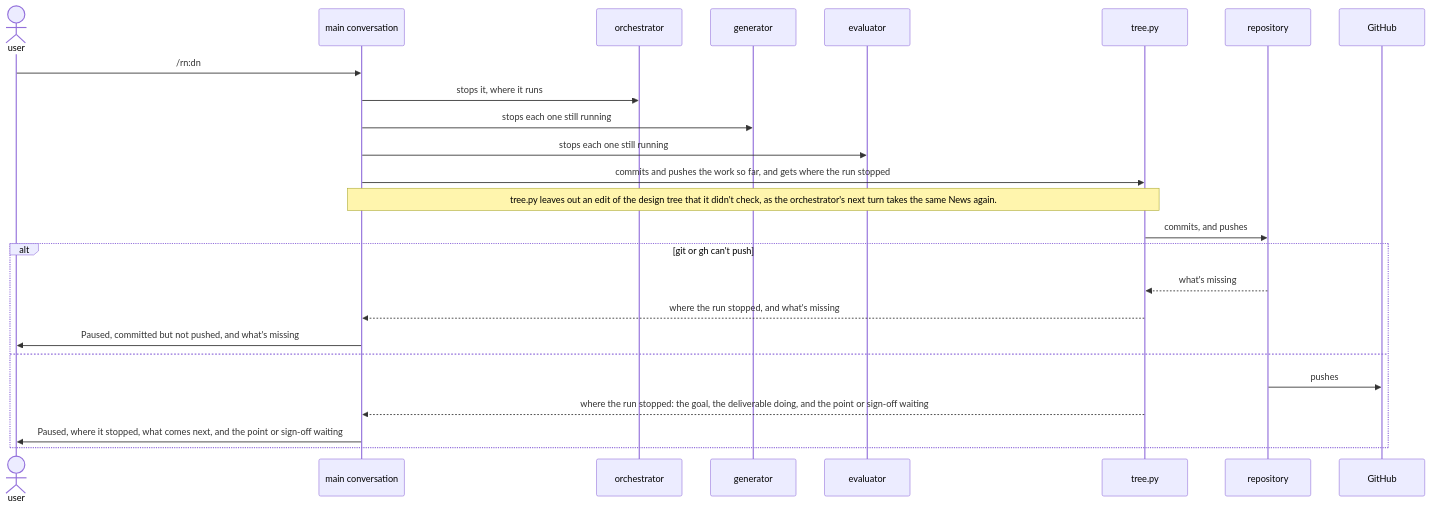
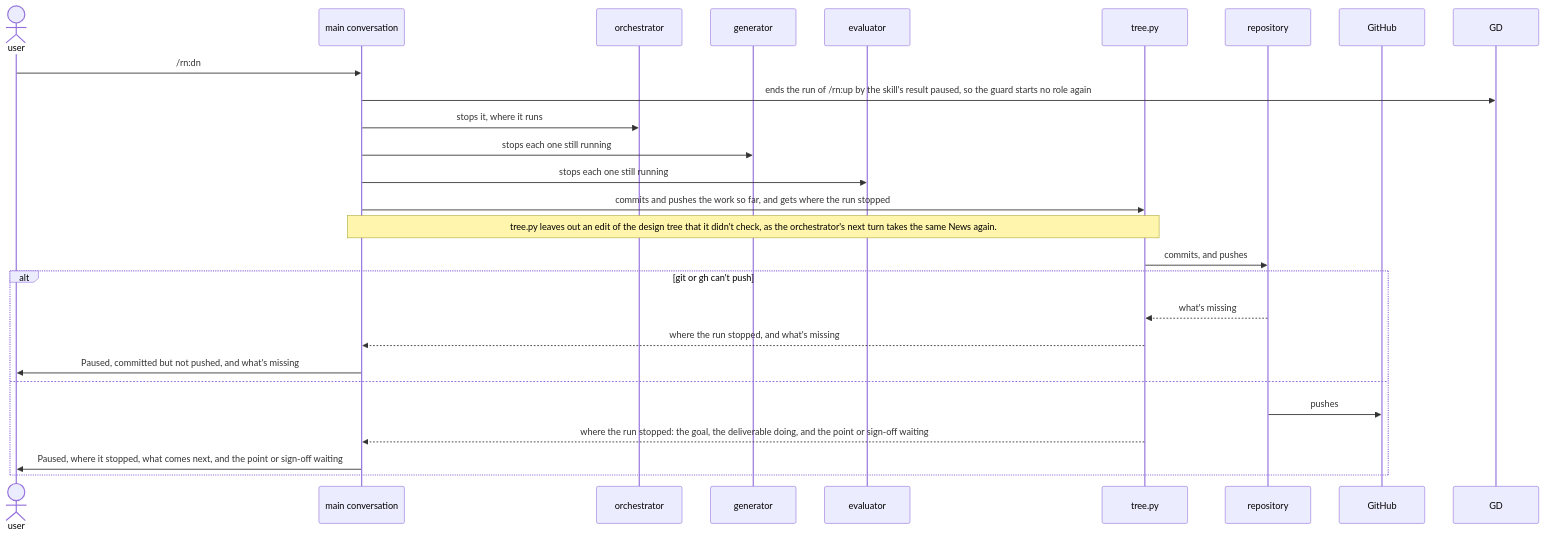
One commit to lovaizu/ccpm changed the fourth of 6 diagrams in dev/rn/architecture.md. Above: the diagram before and after it, drawn with Mermaid. The commit also changed other lines of this file and 2 other files, not shown here.

````diff
--- a/dev/rn/architecture.md
+++ b/dev/rn/architecture.md
@@ -344,27 +349,28 @@
 ```mermaid
 sequenceDiagram
   actor U as user
   participant M as main conversation
   participant O as orchestrator
   participant G as generator
   participant E as evaluator
   participant T as tree.py
   participant RP as repository
   participant GH as GitHub
   U->>M: /rn:dn
+  M->>GD: ends the run of /rn:up by the skill's result paused, so the guard starts no role again
   M->>O: stops it, where it runs
   M->>G: stops each one still running
   M->>E: stops each one still running
   M->>T: commits and pushes the work so far, and gets where the run stopped
   Note over M,T: tree.py leaves out an edit of the design tree that it didn't check, as the orchestrator's next turn takes the same News again.
   T->>RP: commits, and pushes
   alt git or gh can't push
     RP-->>T: what's missing
     T-->>M: where the run stopped, and what's missing
     M->>U: Paused, committed but not pushed, and what's missing
   else
     RP->>GH: pushes
     T-->>M: where the run stopped: the goal, the deliverable doing, and the point or sign-off waiting
     M->>U: Paused, where it stopped, what comes next, and the point or sign-off waiting
   end
 ```
````
